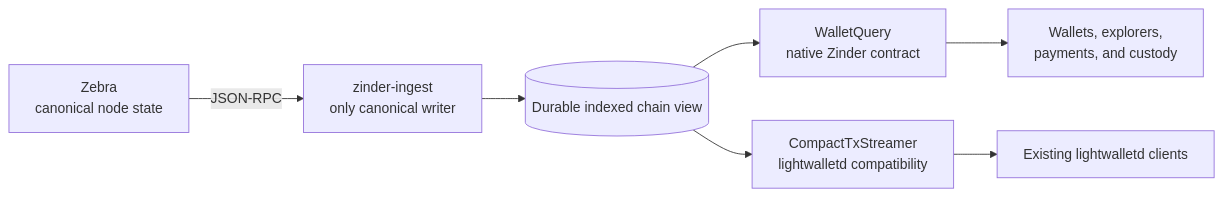
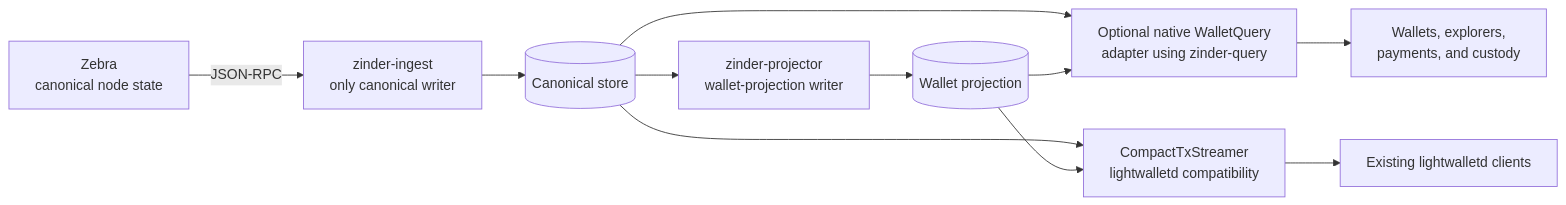
One commit to gustavovalverde/zinder changed the diagram in docs/architecture/indexer-wallet-boundary.md. Above: the diagram before and after it, drawn with Mermaid. The commit also changed other lines of this file and 551 other files, not shown here.

````diff
--- a/docs/architecture/indexer-wallet-boundary.md
+++ b/docs/architecture/indexer-wallet-boundary.md
@@ -83,17 +83,23 @@
 ```mermaid
 flowchart LR
     Zebra["Zebra<br/>canonical node state"]
     Ingest["zinder-ingest<br/>only canonical writer"]
-    Store[("Durable indexed chain view")]
-    Native["WalletQuery<br/>native Zinder contract"]
+    Canonical[("Canonical store")]
+    Projector["zinder-projector<br/>wallet-projection writer"]
+    Wallet[("Wallet projection")]
+    Native["Optional native WalletQuery<br/>adapter using zinder-query"]
     Compat["CompactTxStreamer<br/>lightwalletd compatibility"]
     Products["Wallets, explorers,<br/>payments, and custody"]
     LightClients["Existing lightwalletd clients"]
 
     Zebra -->|JSON-RPC| Ingest
-    Ingest --> Store
-    Store --> Native
-    Store --> Compat
+    Ingest --> Canonical
+    Canonical --> Projector
+    Projector --> Wallet
+    Canonical --> Native
+    Wallet --> Native
+    Canonical --> Compat
+    Wallet --> Compat
     Native --> Products
     Compat --> LightClients
 ```
````
